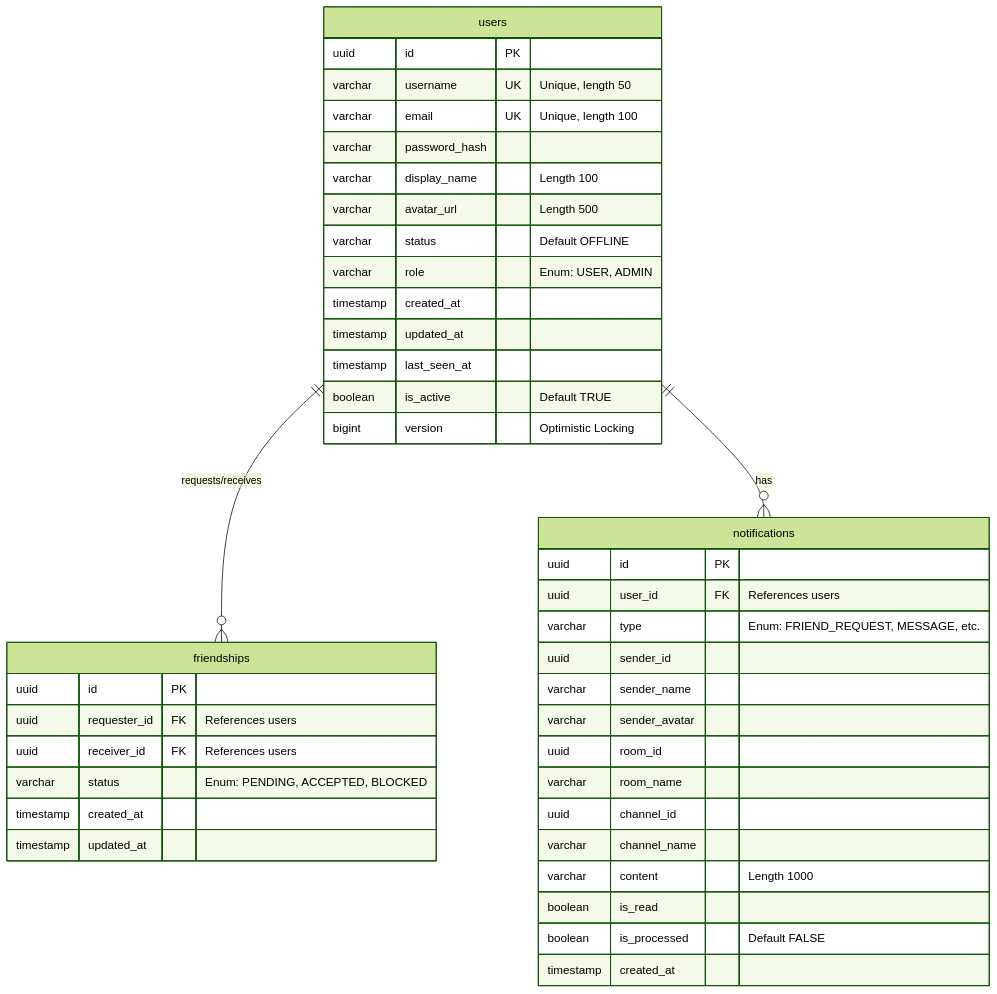
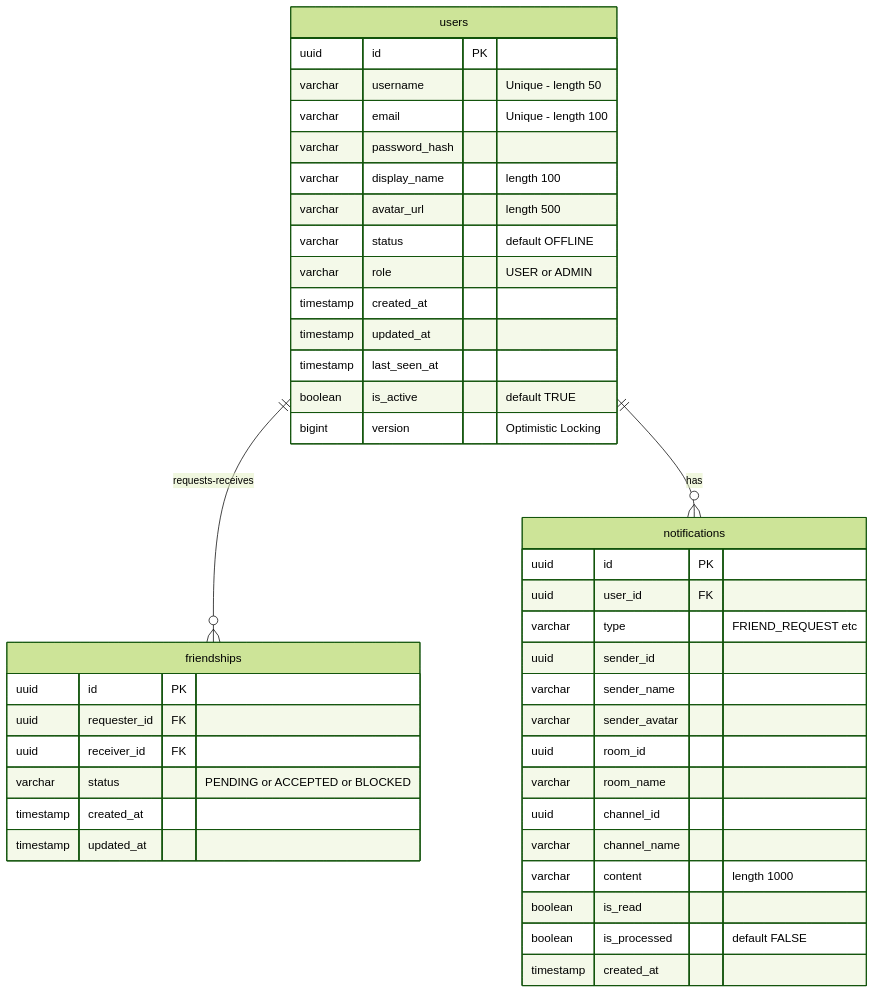
Before and after one commit to PhatNguyenTT2/MiniDiscord: the second of 4 diagrams in report/database_report.md, drawn with Mermaid (forest theme). The commit also changed other lines of this file, not shown here.

Commit message:
Standardize length and default value descriptions

````diff
--- a/report/database_report.md
+++ b/report/database_report.md
@@ -56,47 +56,47 @@
 ```mermaid
 erDiagram
     users {
         uuid id PK
-        varchar username UK "Unique, length 50"
-        varchar email UK "Unique, length 100"
+        varchar username "Unique - length 50"
+        varchar email "Unique - length 100"
         varchar password_hash
-        varchar display_name "Length 100"
-        varchar avatar_url "Length 500"
-        varchar status "Default OFFLINE"
-        varchar role "Enum: USER, ADMIN"
+        varchar display_name "length 100"
+        varchar avatar_url "length 500"
+        varchar status "default OFFLINE"
+        varchar role "USER or ADMIN"
         timestamp created_at
         timestamp updated_at
         timestamp last_seen_at
-        boolean is_active "Default TRUE"
+        boolean is_active "default TRUE"
         bigint version "Optimistic Locking"
     }
 
     friendships {
         uuid id PK
-        uuid requester_id FK "References users"
-        uuid receiver_id FK "References users"
-        varchar status "Enum: PENDING, ACCEPTED, BLOCKED"
+        uuid requester_id FK
+        uuid receiver_id FK
+        varchar status "PENDING or ACCEPTED or BLOCKED"
         timestamp created_at
         timestamp updated_at
     }
 
     notifications {
         uuid id PK
-        uuid user_id FK "References users"
-        varchar type "Enum: FRIEND_REQUEST, MESSAGE, etc."
+        uuid user_id FK
+        varchar type "FRIEND_REQUEST etc"
         uuid sender_id
         varchar sender_name
         varchar sender_avatar
         uuid room_id
         varchar room_name
         uuid channel_id
         varchar channel_name
-        varchar content "Length 1000"
+        varchar content "length 1000"
         boolean is_read
-        boolean is_processed "Default FALSE"
+        boolean is_processed "default FALSE"
         timestamp created_at
     }
 
-    users ||--o{ friendships : "requests/receives"
+    users ||--o{ friendships : "requests-receives"
     users ||--o{ notifications : "has"
 ```
````
